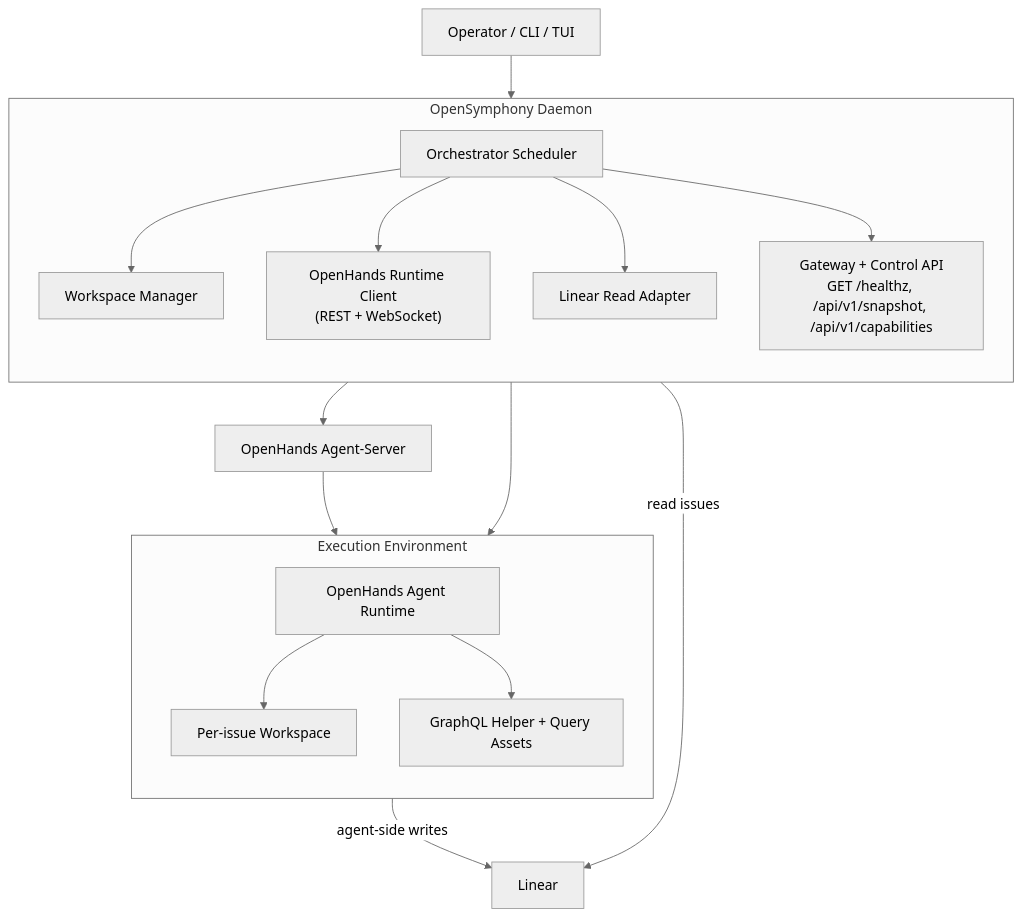
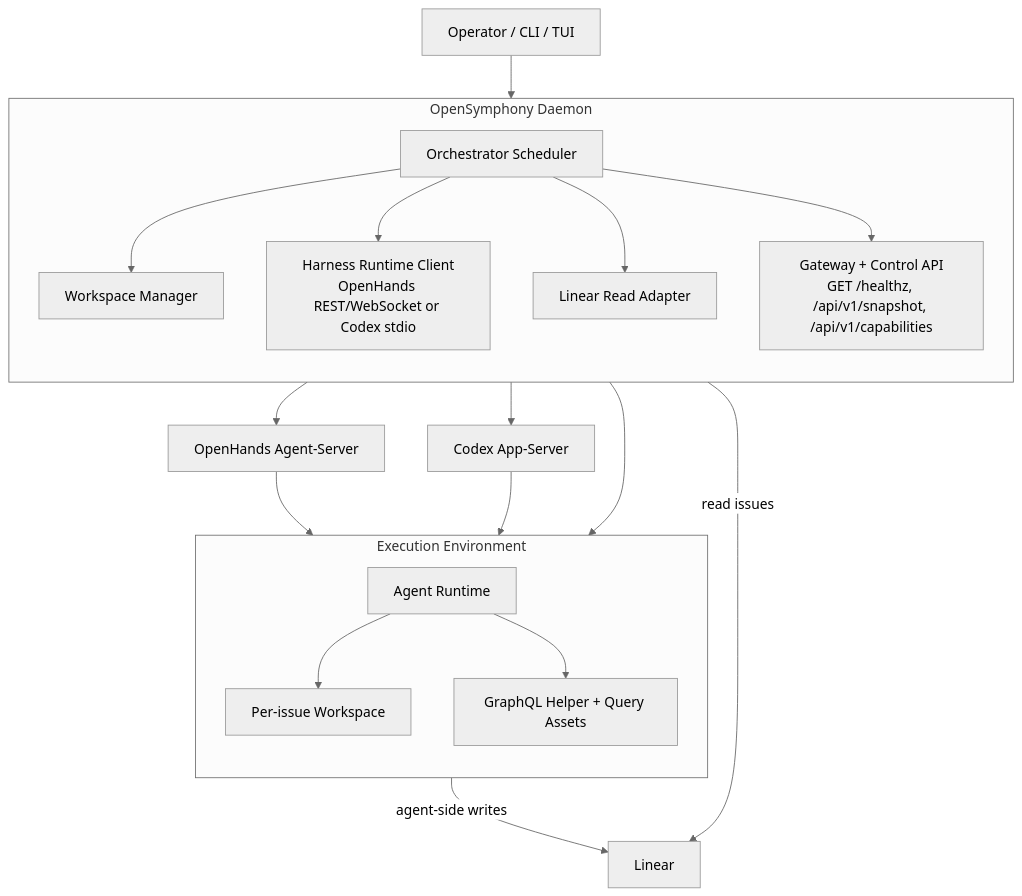
Before and after one commit to kumanday/OpenSymphony: the diagram in README.md, drawn with Mermaid (neutral theme). The commit also changed other lines of this file and 2 other files, not shown here.

First line of the commit message:
docs(release): document Codex runtime quickstart

````diff
--- a/README.md
+++ b/README.md
@@ -208,38 +246,41 @@
 ```mermaid
 flowchart TB
     operator["Operator / CLI / TUI"]
 
     subgraph daemon["OpenSymphony Daemon"]
         direction TB
         orchestrator["Orchestrator Scheduler"]
         workspace["Workspace Manager"]
         control["Gateway + Control API<br/>GET /healthz, /api/v1/snapshot, /api/v1/capabilities"]
-        runtime["OpenHands Runtime Client<br/>(REST + WebSocket)"]
+        runtime["Harness Runtime Client<br/>OpenHands REST/WebSocket or Codex stdio"]
         linear_read["Linear Read Adapter"]
 
         orchestrator --> workspace
         orchestrator --> runtime
         orchestrator --> linear_read
         orchestrator --> control
     end
 
     subgraph execution["Execution Environment"]
         direction TB
         issue_ws["Per-issue Workspace"]
-        agent["OpenHands Agent Runtime"]
+        agent["Agent Runtime"]
         graphql["GraphQL Helper + Query Assets"]
 
         agent --> issue_ws
         agent --> graphql
     end
 
     linear["Linear"]
     openhands["OpenHands Agent-Server"]
+    codex["Codex App-Server"]
 
     operator --> control
     workspace --> issue_ws
     runtime --> openhands
+    runtime --> codex
     openhands --> agent
+    codex --> agent
     linear_read -->|read issues| linear
     graphql -->|agent-side writes| linear
 ```
````
